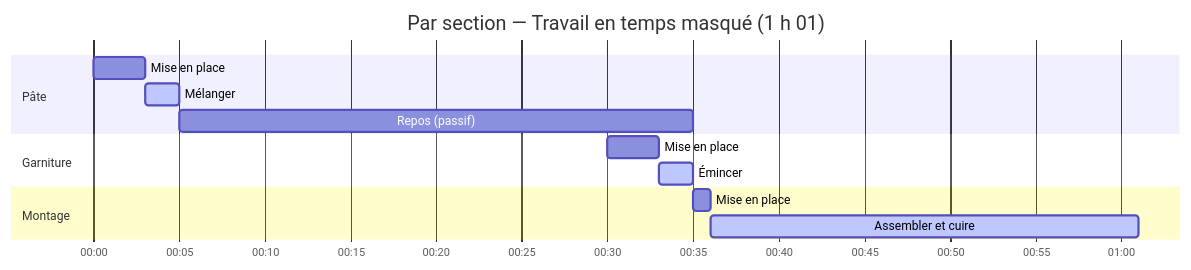
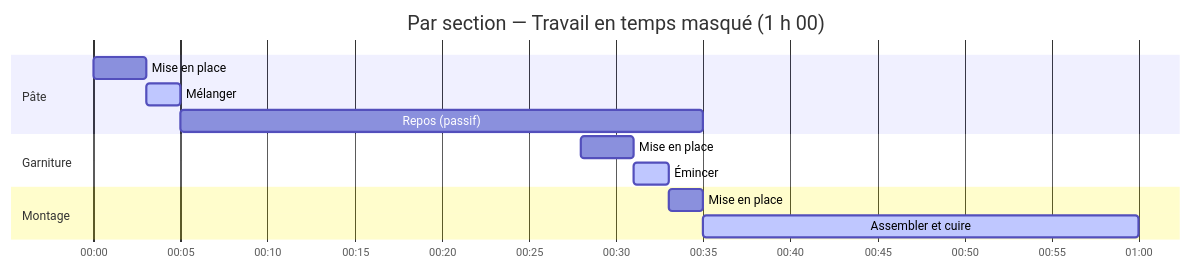
The first of 2 diagrams in packages/docs/src/content/docs/fr/docs/explanation/mise-en-place-and-planning.mdx (gram-lang/gram), drawn with Mermaid before and after one commit. The commit also changed other lines of this file and 439 other files, not shown here.

First line of the commit message:
feat: replace the Gantt chart with the work plan (#88)

````diff
--- a/packages/docs/src/content/docs/fr/docs/explanation/mise-en-place-and-planning.mdx
+++ b/packages/docs/src/content/docs/fr/docs/explanation/mise-en-place-and-planning.mdx
@@ -55,17 +55,17 @@
 ```mermaid
 gantt
-    title Par section — Travail en temps masqué (1 h 01)
+    title Par section — Travail en temps masqué (1 h 00)
     dateFormat  HH:mm
     axisFormat %H:%M
     todayMarker off
     section Pâte
     Mise en place                     : p1, 00:00, 3m
     Mélanger                          : active, a1, 00:03, 2m
     Repos (passif)                    : r1, 00:05, 30m
     section Garniture
-    Mise en place                     : p2, 00:30, 3m
-    Émincer                           : active, a2, 00:33, 2m
+    Mise en place                     : p2, 00:28, 3m
+    Émincer                           : active, a2, 00:31, 2m
     section Montage
-    Mise en place                     : p3, 00:35, 1m
-    Assembler et cuire                : active, a3, 00:36, 25m
+    Mise en place                     : p3, 00:33, 2m
+    Assembler et cuire                : active, a3, 00:35, 25m
 ```
````
